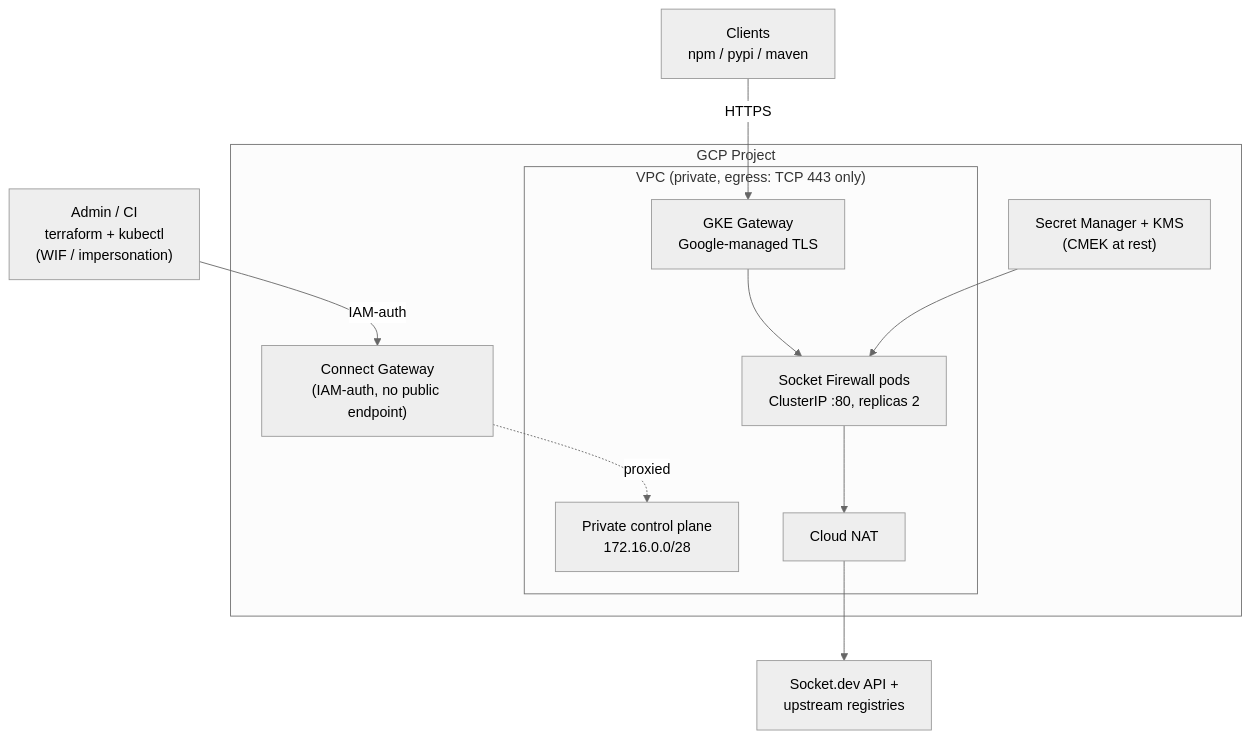
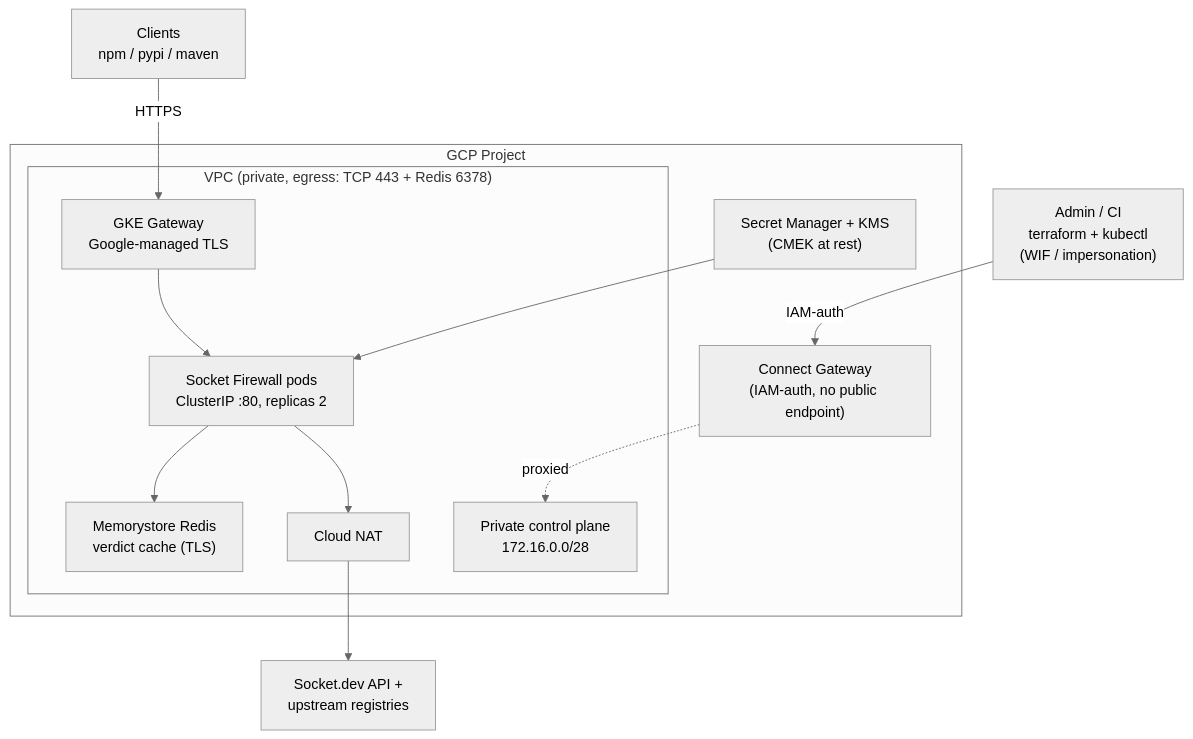
The first of 3 diagrams in README.md (getsentry/security-socket-firewall), drawn with Mermaid (neutral theme) before and after one commit. The commit also changed other lines of this file and 7 other files, not shown here.

````diff
--- a/README.md
+++ b/README.md
@@ -13,27 +13,29 @@
 ```mermaid
 flowchart TB
     ADMIN["Admin / CI<br/>terraform + kubectl<br/>(WIF / impersonation)"]
     CLIENTS["Clients<br/>npm / pypi / maven"]
     UPSTREAM["Socket.dev API +<br/>upstream registries"]
 
     subgraph GCP["GCP Project"]
         CGW["Connect Gateway<br/>(IAM-auth, no public endpoint)"]
 
-        subgraph VPC["VPC (private, egress: TCP 443 only)"]
+        subgraph VPC["VPC (private, egress: TCP 443 + Redis 6378)"]
             GW["GKE Gateway<br/>Google-managed TLS"]
             PODS["Socket Firewall pods<br/>ClusterIP :80, replicas 2"]
+            REDIS["Memorystore Redis<br/>verdict cache (TLS)"]
             CP["Private control plane<br/>172.16.0.0/28"]
             NAT["Cloud NAT"]
         end
 
         SECRETS["Secret Manager + KMS<br/>(CMEK at rest)"]
     end
 
     ADMIN -->|IAM-auth| CGW
     CGW -.->|proxied| CP
     CLIENTS -->|HTTPS| GW
     GW --> PODS
+    PODS --> REDIS
     PODS --> NAT
     NAT --> UPSTREAM
     SECRETS --> PODS
 ```
````
